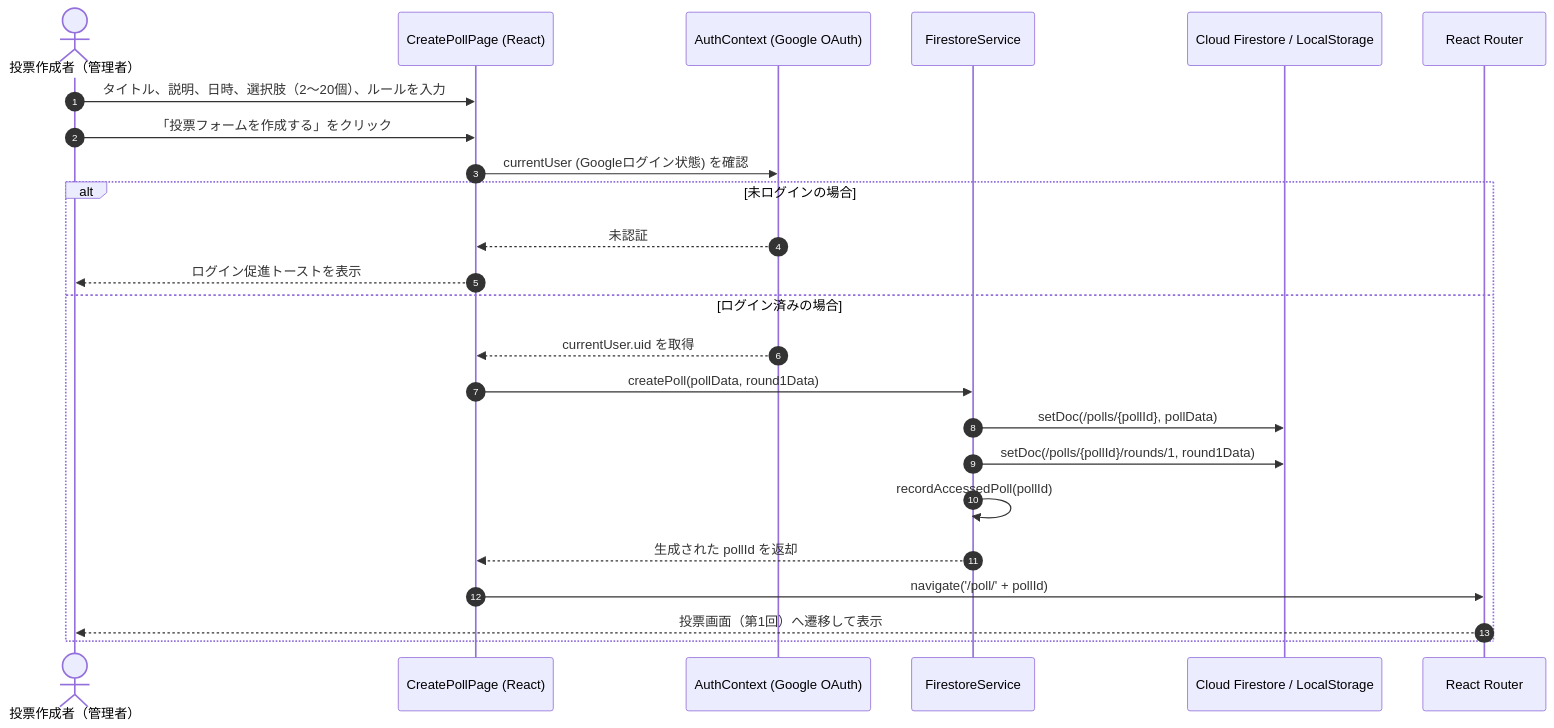
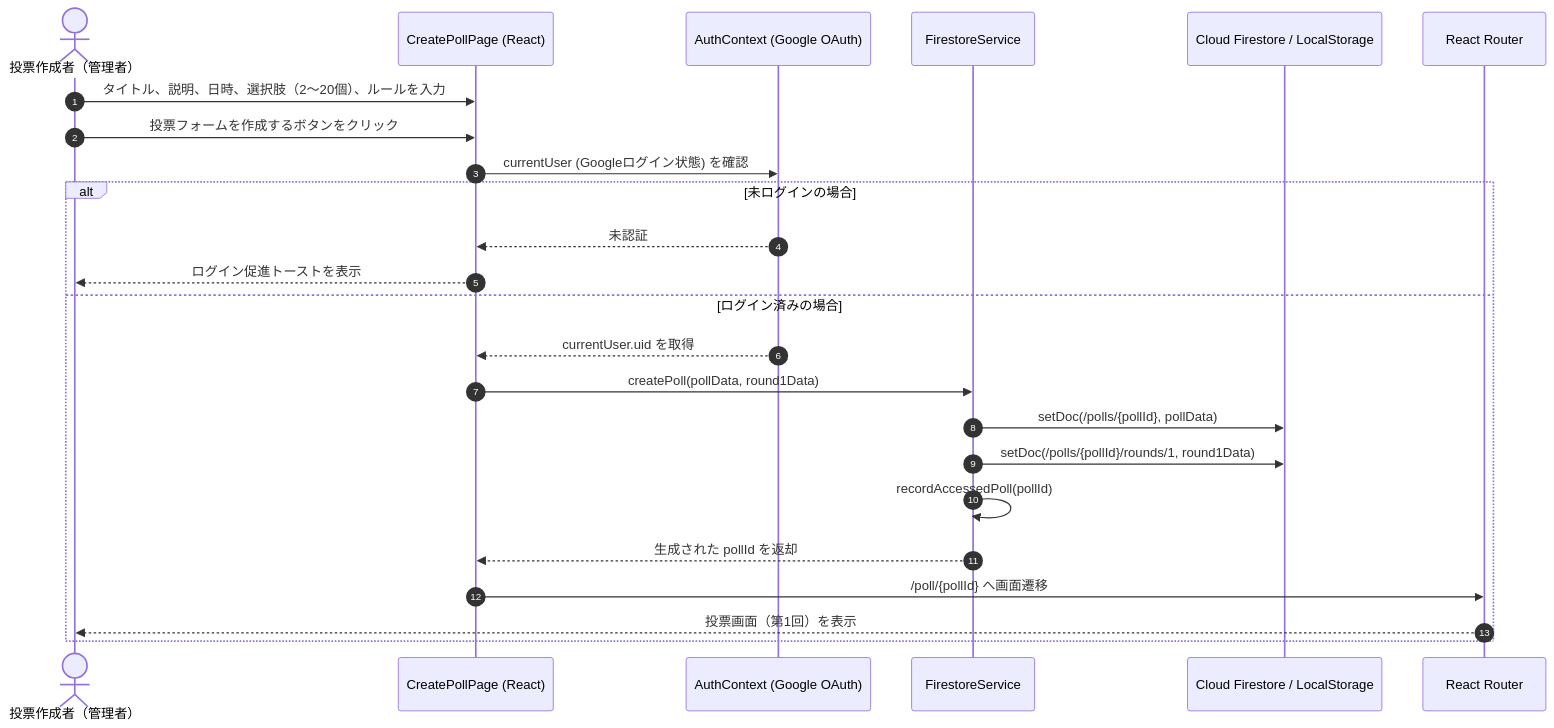
Before and after one commit to c1t0d0s0/votica: the first of 7 diagrams in docs/SEQUENCE_DIAGRAMS.ja.md, drawn with Mermaid. The commit also changed other lines of this file and 1 other file, not shown here.

Commit message:
fixed SEQUENCE_DIAGRAMS

````diff
--- a/docs/SEQUENCE_DIAGRAMS.ja.md
+++ b/docs/SEQUENCE_DIAGRAMS.ja.md
@@ -11,27 +11,27 @@
 ```mermaid
 sequenceDiagram
     autonumber
     actor Admin as 投票作成者（管理者）
     participant UI as CreatePollPage (React)
     participant Auth as AuthContext (Google OAuth)
     participant Service as FirestoreService
     participant DB as Cloud Firestore / LocalStorage
     participant Router as React Router
 
     Admin->>UI: タイトル、説明、日時、選択肢（2〜20個）、ルールを入力
-    Admin->>UI: 「投票フォームを作成する」をクリック
+    Admin->>UI: 投票フォームを作成するボタンをクリック
     UI->>Auth: currentUser (Googleログイン状態) を確認
     alt 未ログインの場合
         Auth-->>UI: 未認証
         UI-->>Admin: ログイン促進トーストを表示
     else ログイン済みの場合
         Auth-->>UI: currentUser.uid を取得
         UI->>Service: createPoll(pollData, round1Data)
         Service->>DB: setDoc(/polls/{pollId}, pollData)
         Service->>DB: setDoc(/polls/{pollId}/rounds/1, round1Data)
         Service->>Service: recordAccessedPoll(pollId)
         Service-->>UI: 生成された pollId を返却
-        UI->>Router: navigate('/poll/' + pollId)
-        Router-->>Admin: 投票画面（第1回）へ遷移して表示
+        UI->>Router: /poll/{pollId} へ画面遷移
+        Router-->>Admin: 投票画面（第1回）を表示
     end
 ```
````
